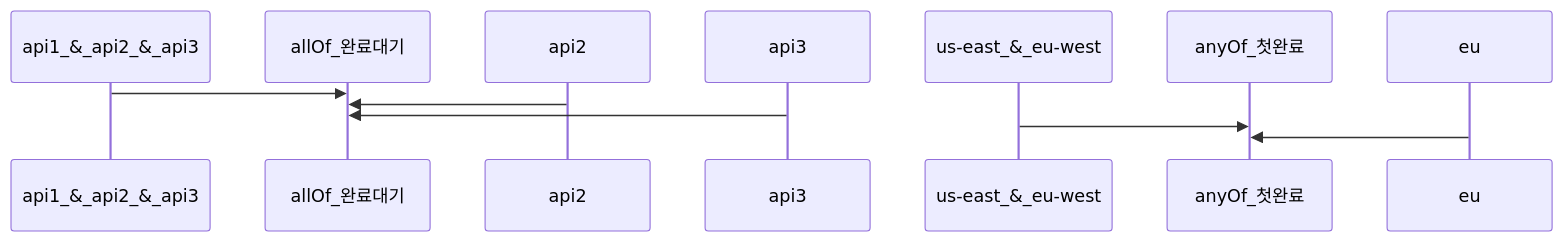
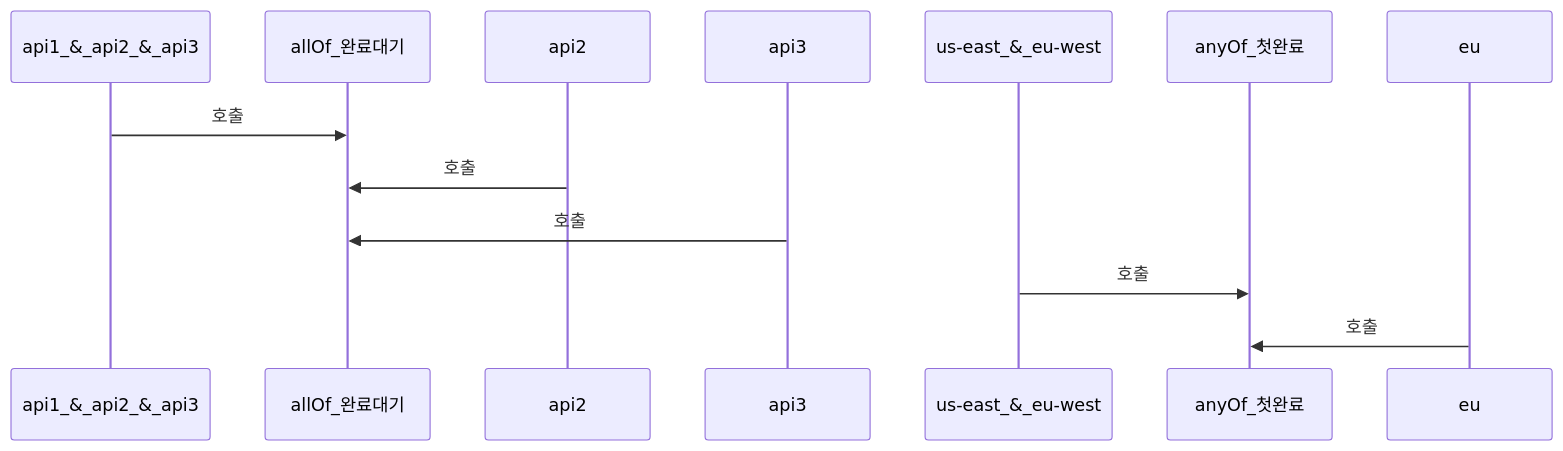
The second of 3 diagrams in _posts/java/2026-05-01-java-completablefuture.md (yjkim2015/yjkim2015.github.io), drawn with Mermaid before and after one commit. The commit also changed 85 other files, not shown here.

First line of the commit message:
sequenceDiagram 문법 에러 2차 수정 169개 (86파일)

````diff
--- a/_posts/java/2026-05-01-java-completablefuture.md
+++ b/_posts/java/2026-05-01-java-completablefuture.md
@@ -256,8 +256,8 @@
 ```mermaid
 sequenceDiagram
-    api1_&_api2_&_api3->>allOf_완료대기:
-    api2->>allOf_완료대기:
-    api3->>allOf_완료대기:
-    us-east_&_eu-west->>anyOf_첫완료:
-    eu->>anyOf_첫완료:
+    api1_&_api2_&_api3->>allOf_완료대기: 호출
+    api2->>allOf_완료대기: 호출
+    api3->>allOf_완료대기: 호출
+    us-east_&_eu-west->>anyOf_첫완료: 호출
+    eu->>anyOf_첫완료: 호출
 ```
````
